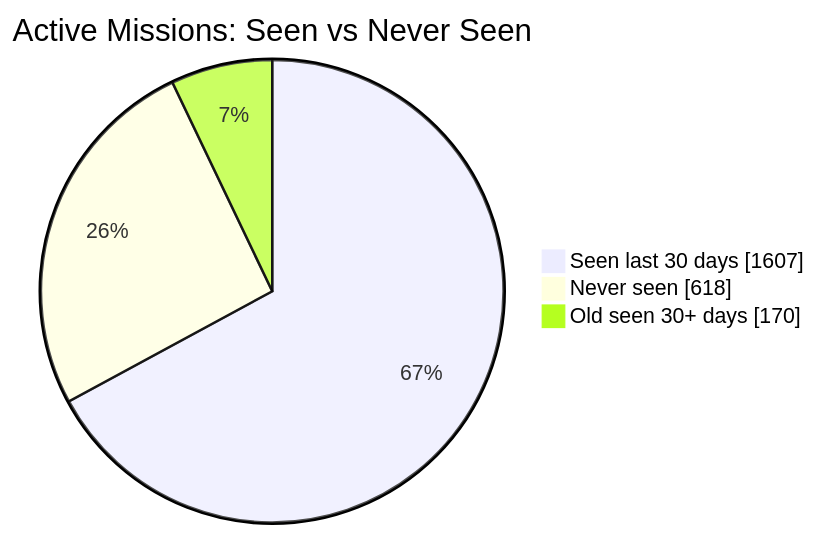
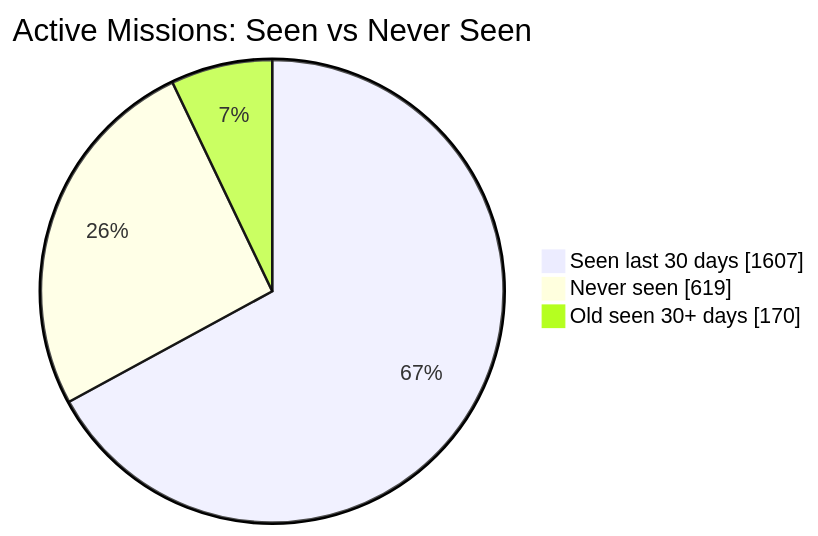
One commit to MeldkamerspelGameTeam/active-missions changed the first of 2 diagrams in README.md. Above: the diagram before and after it, drawn with Mermaid. The commit also changed other lines of this file and 4 other files, not shown here.

````diff
--- a/README.md
+++ b/README.md
@@ -34,7 +34,7 @@
 ```mermaid
 pie showData
     title Active Missions: Seen vs Never Seen
     "Seen last 30 days" : 1607
-    "Never seen" : 618
+    "Never seen" : 619
     "Old seen 30+ days" : 170
 ```
````
